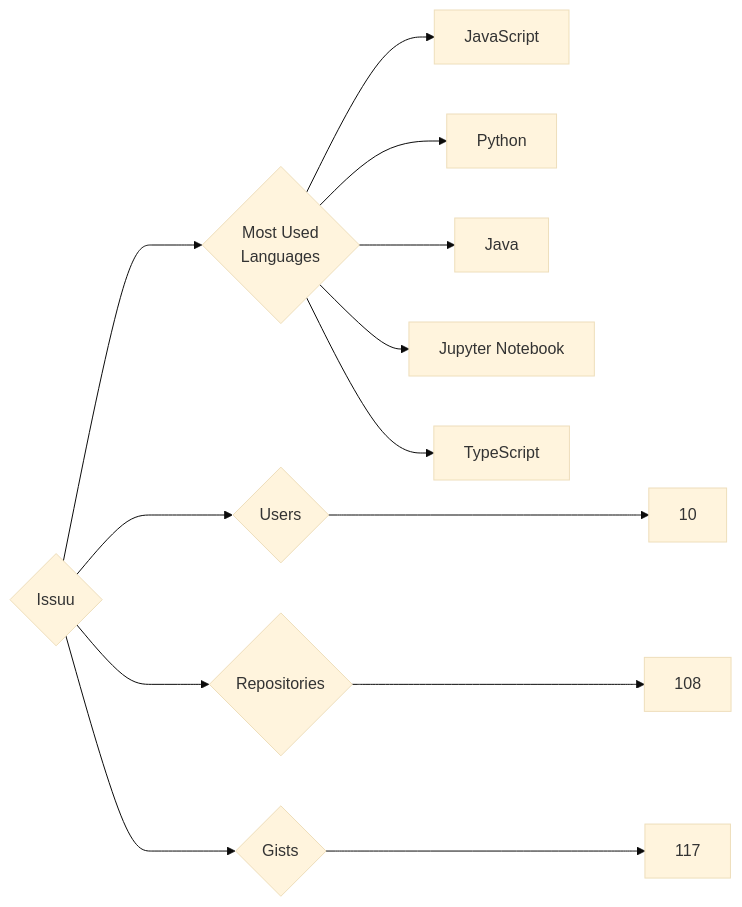
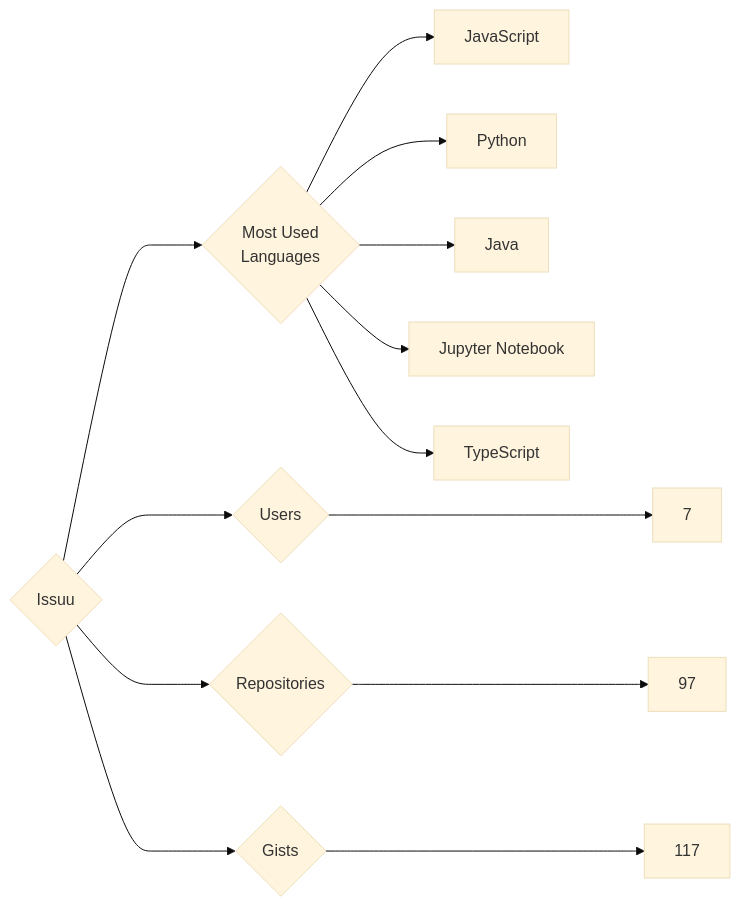
Before and after one commit to trickest/insiders: the diagram in targets/Issuu/README.md, drawn with Mermaid (base theme). The commit also changed 715 other files, not shown here.

````diff
--- a/targets/Issuu/README.md
+++ b/targets/Issuu/README.md
@@ -3,13 +3,13 @@
 ```mermaid
 graph LR
 COMPANY_NAME{Issuu}
-COMPANY_NAME ---> U{Users} ---> UN[10]
-COMPANY_NAME ---> R{Repositories} ---> RN[108]
+COMPANY_NAME ---> U{Users} ---> UN[7]
+COMPANY_NAME ---> R{Repositories} ---> RN[97]
 COMPANY_NAME ---> G{Gists} ---> GN[117]
 COMPANY_NAME ---> ML{Most Used<br>Languages}
 ML --> JavaScript[JavaScript]
 ML --> Python[Python]
 ML --> Java[Java]
 ML --> Jupyter_Notebook[Jupyter Notebook]
 ML --> TypeScript[TypeScript]
 ```
````
